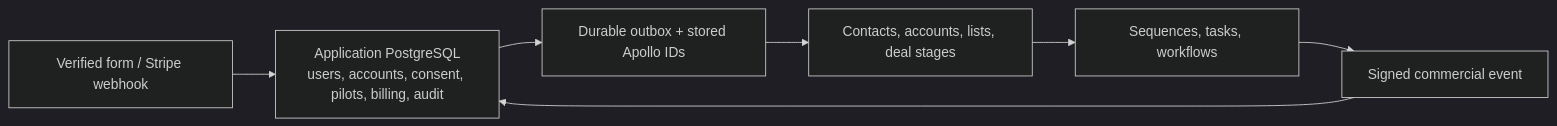
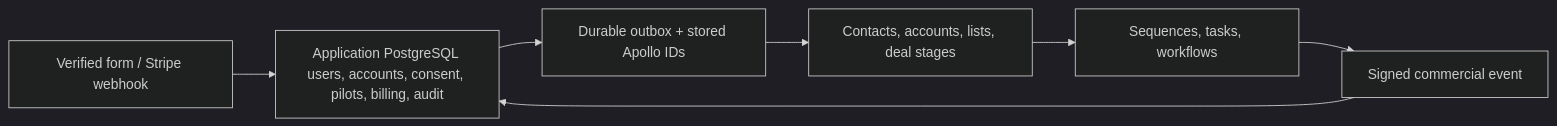
One commit to portalshq/portals-cloud changed the diagram in frontend/src/lib/leads/AGENTS.md. Above: the diagram before and after it, drawn with Mermaid (dark theme). The commit also changed other lines of this file and 1 other file, not shown here.

````diff
--- a/frontend/src/lib/leads/AGENTS.md
+++ b/frontend/src/lib/leads/AGENTS.md
@@ -15,9 +7,9 @@
 ```mermaid
 flowchart LR
-  Intake["Verified form / Stripe webhook"] --> DB["Application PostgreSQL\nusers, accounts, consent, pilots, billing, audit"]
+  Intake["Verified form / Stripe webhook"] --> DB["Application PostgreSQL users, accounts, consent, pilots, billing, audit"]
   DB --> Outbox["Durable outbox + stored Apollo IDs"]
   Outbox --> Apollo["Contacts, accounts, lists, deal stages"]
   Apollo --> Workflows["Sequences, tasks, workflows"]
   Workflows --> Callback["Signed commercial event"]
   Callback --> DB
 ```
````
